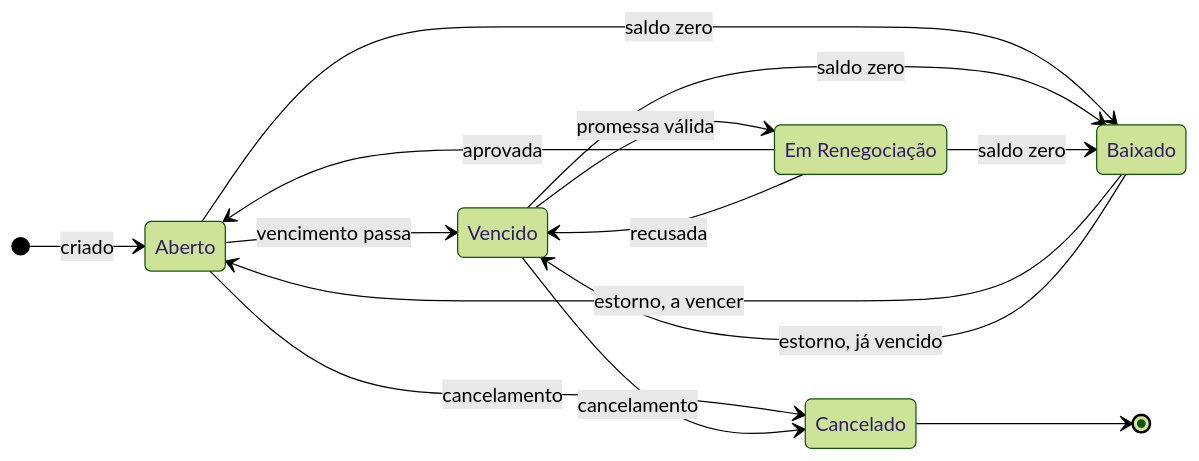
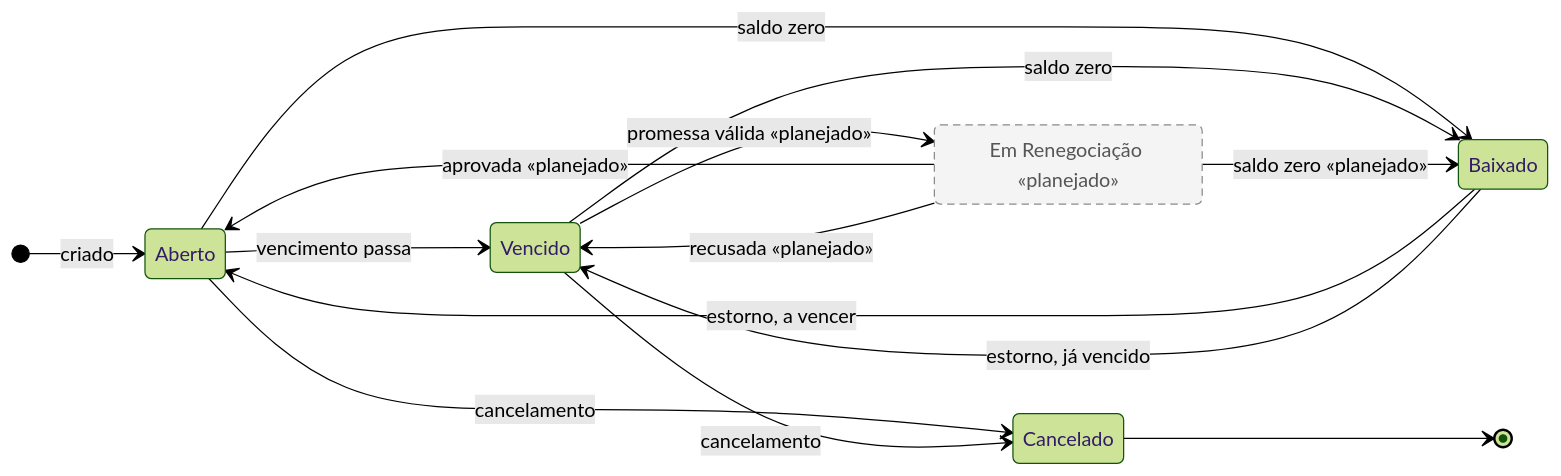
Before and after one commit to pedroguerra0603/Projeto_RemindMe: the first of 4 diagrams in docs/uml/estados.md, drawn with Mermaid (forest theme). The commit also changed other lines of this file and 40 other files, not shown here.

First line of the commit message:
docs: revisa a modelagem UML e marca o que está implementado e o que é planejado

````diff
--- a/docs/uml/estados.md
+++ b/docs/uml/estados.md
@@ -9,18 +9,20 @@
 ```mermaid
 stateDiagram-v2
     direction LR
     [*] --> Aberto : criado
     Aberto --> Vencido : vencimento passa
     Aberto --> Baixado : saldo zero
     Vencido --> Baixado : saldo zero
-    Vencido --> EmRenegociacao : promessa válida
-    EmRenegociacao --> Aberto : aprovada
-    EmRenegociacao --> Vencido : recusada
-    EmRenegociacao --> Baixado : saldo zero
+    Vencido --> EmRenegociacao : promessa válida «planejado»
+    EmRenegociacao --> Aberto : aprovada «planejado»
+    EmRenegociacao --> Vencido : recusada «planejado»
+    EmRenegociacao --> Baixado : saldo zero «planejado»
     Baixado --> Aberto : estorno, a vencer
     Baixado --> Vencido : estorno, já vencido
     Aberto --> Cancelado : cancelamento
     Vencido --> Cancelado : cancelamento
     Cancelado --> [*]
-    EmRenegociacao : Em Renegociação
+    EmRenegociacao : Em Renegociação «planejado»
+    classDef planejado fill:#f4f4f4,stroke:#8a8a8a,stroke-dasharray:6 4,color:#555
+    class EmRenegociacao planejado
 ```
````
